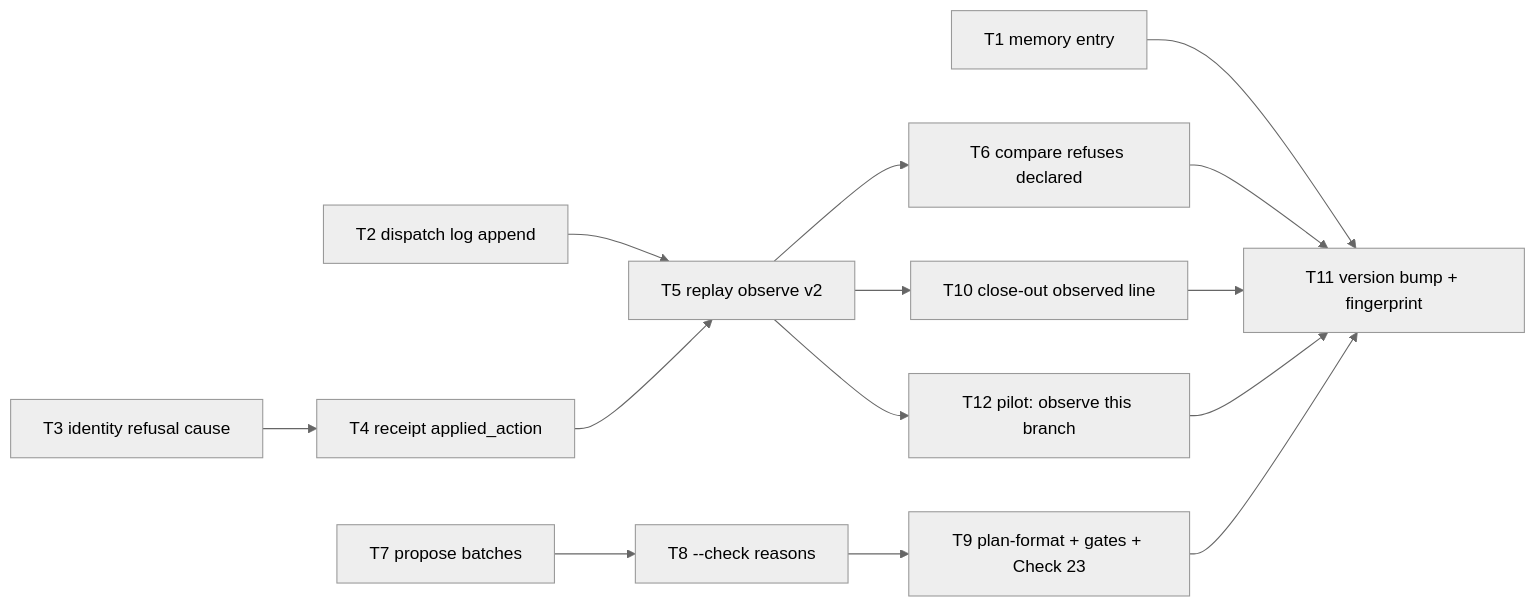
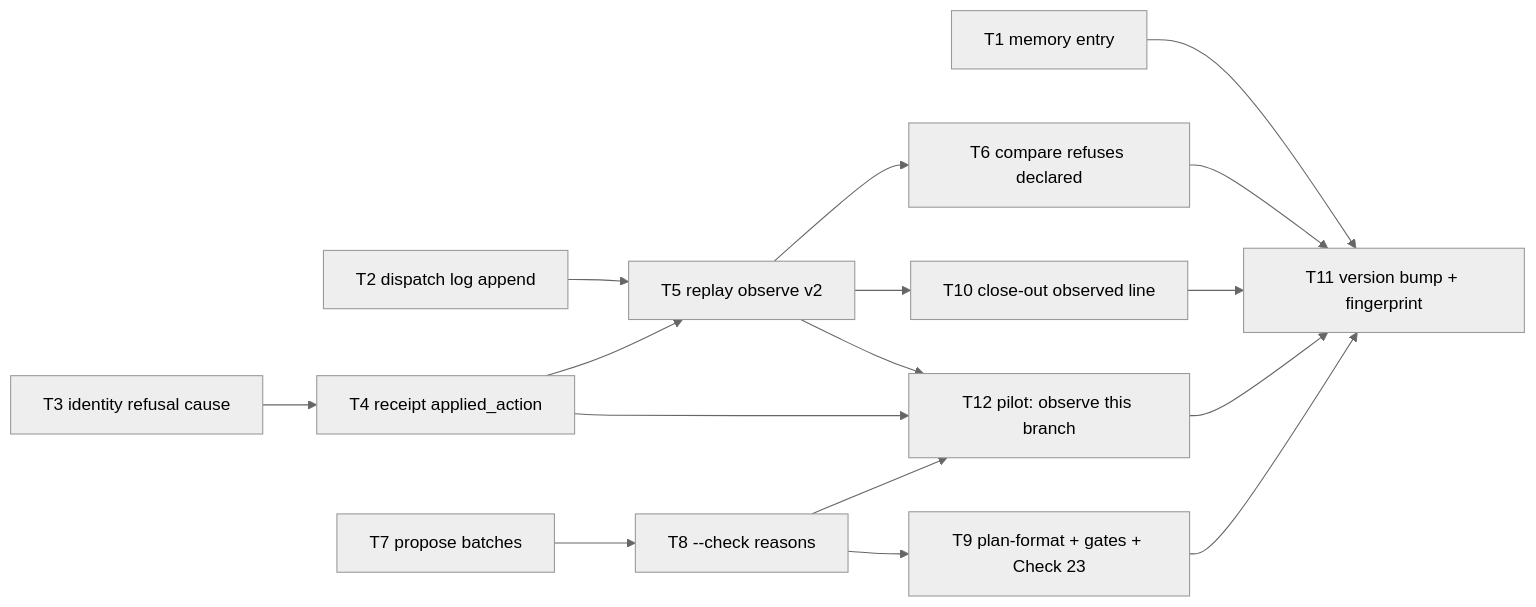
The diagram in docs/loom/plans/2026-08-31-batch-review-measurement-and-nudge.md (kouko/monkey-skills), drawn with Mermaid (neutral theme) before and after one commit. The commit also changed other lines of this file, not shown here.

````diff
--- a/docs/loom/plans/2026-08-31-batch-review-measurement-and-nudge.md
+++ b/docs/loom/plans/2026-08-31-batch-review-measurement-and-nudge.md
@@ -18,10 +18,12 @@
 ```mermaid
 flowchart LR
 T1[T1 memory entry] --> T11[T11 version bump + fingerprint]
 T2[T2 dispatch log append] --> T5[T5 replay observe v2]
 T3[T3 identity refusal cause] --> T4[T4 receipt applied_action] --> T5
 T5 --> T6[T6 compare refuses declared] --> T11
 T5 --> T10[T10 close-out observed line] --> T11
 T5 --> T12[T12 pilot: observe this branch] --> T11
+T4 --> T12
+T8 --> T12
 T7[T7 propose batches] --> T8[T8 --check reasons] --> T9[T9 plan-format + gates + Check 23] --> T11
 ```
````
